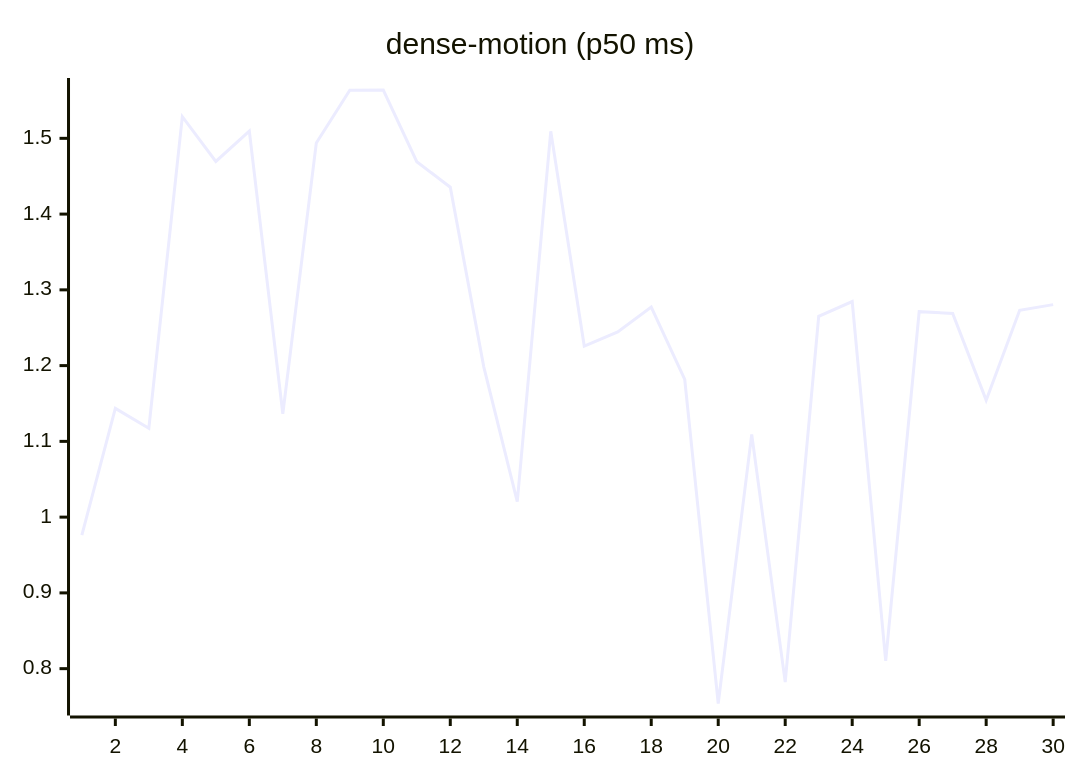
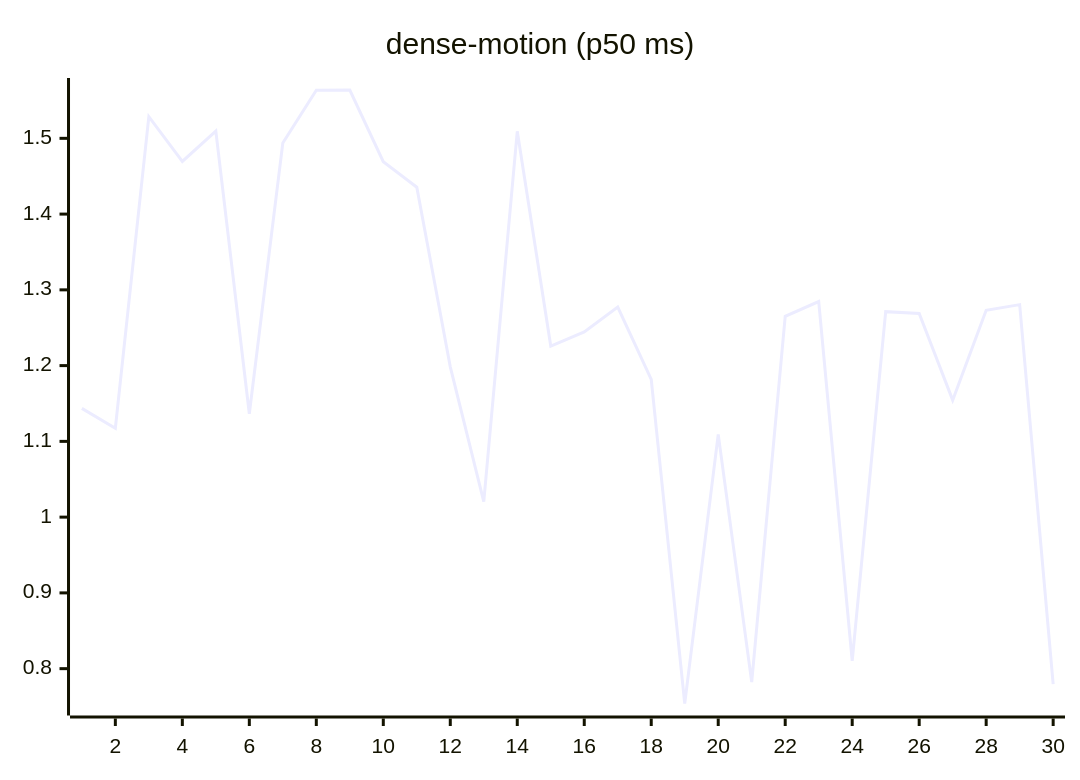
One commit to josha/Facet changed the ninth of 27 diagrams in README.md. Above: the diagram before and after it, drawn with Mermaid. The commit also changed other lines of this file and 2 other files, not shown here.

````diff
--- a/README.md
+++ b/README.md
@@ -119,6 +119,6 @@
 ```mermaid
 xychart-beta
     title "dense-motion (p50 ms)"
     x-axis 1 --> 30
-    line [0.9763, 1.1436, 1.1174, 1.5286, 1.4695, 1.5096, 1.1365, 1.4939, 1.5634, 1.5638, 1.4692, 1.4355, 1.1984, 1.0205, 1.5093, 1.2258, 1.2445, 1.2773, 1.1817, 0.7540, 1.1093, 0.7822, 1.2651, 1.2846, 0.8102, 1.2712, 1.2688, 1.1544, 1.2730, 1.2805]
+    line [1.1436, 1.1174, 1.5286, 1.4695, 1.5096, 1.1365, 1.4939, 1.5634, 1.5638, 1.4692, 1.4355, 1.1984, 1.0205, 1.5093, 1.2258, 1.2445, 1.2773, 1.1817, 0.7540, 1.1093, 0.7822, 1.2651, 1.2846, 0.8102, 1.2712, 1.2688, 1.1544, 1.2730, 1.2805, 0.7796]
 ```
````
